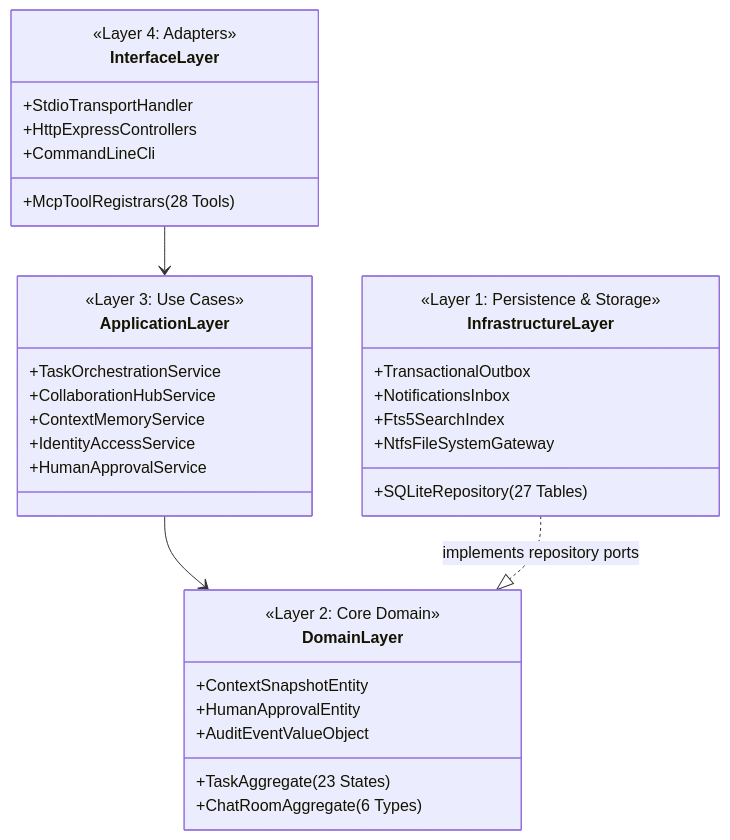
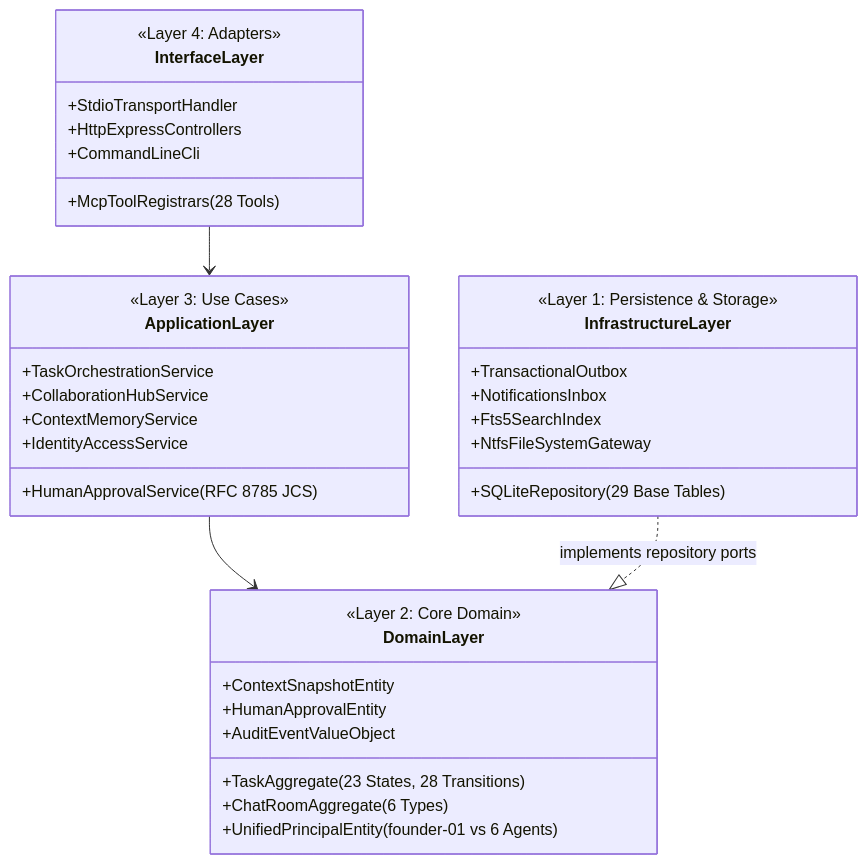
Before and after one commit to kietpro352010/AICO: the second of 4 diagrams in docs/blueprint/v3/02_TARGET_ARCHITECTURE.md, drawn with Mermaid. The commit also changed other lines of this file and 11 other files, not shown here.

First line of the commit message:
docs(blueprint): reconcile v3 architecture, security gates, and contracts

````diff
--- a/docs/blueprint/v3/02_TARGET_ARCHITECTURE.md
+++ b/docs/blueprint/v3/02_TARGET_ARCHITECTURE.md
@@ -78,39 +77,40 @@
 ```mermaid
 classDiagram
     direction TB
     class InterfaceLayer {
         <<Layer 4: Adapters>>
         +StdioTransportHandler
         +HttpExpressControllers
         +McpToolRegistrars (28 Tools)
         +CommandLineCli
     }
     class ApplicationLayer {
         <<Layer 3: Use Cases>>
         +TaskOrchestrationService
         +CollaborationHubService
         +ContextMemoryService
         +IdentityAccessService
-        +HumanApprovalService
+        +HumanApprovalService (RFC 8785 JCS)
     }
     class DomainLayer {
         <<Layer 2: Core Domain>>
-        +TaskAggregate (23 States)
+        +TaskAggregate (23 States, 28 Transitions)
         +ChatRoomAggregate (6 Types)
         +ContextSnapshotEntity
         +HumanApprovalEntity
         +AuditEventValueObject
+        +UnifiedPrincipalEntity (founder-01 vs 6 Agents)
     }
     class InfrastructureLayer {
         <<Layer 1: Persistence & Storage>>
-        +SQLiteRepository (27 Tables)
+        +SQLiteRepository (29 Base Tables)
         +TransactionalOutbox
         +NotificationsInbox
         +Fts5SearchIndex
         +NtfsFileSystemGateway
     }
 
     InterfaceLayer --> ApplicationLayer
     ApplicationLayer --> DomainLayer
     InfrastructureLayer ..|> DomainLayer : implements repository ports
 ```
````
